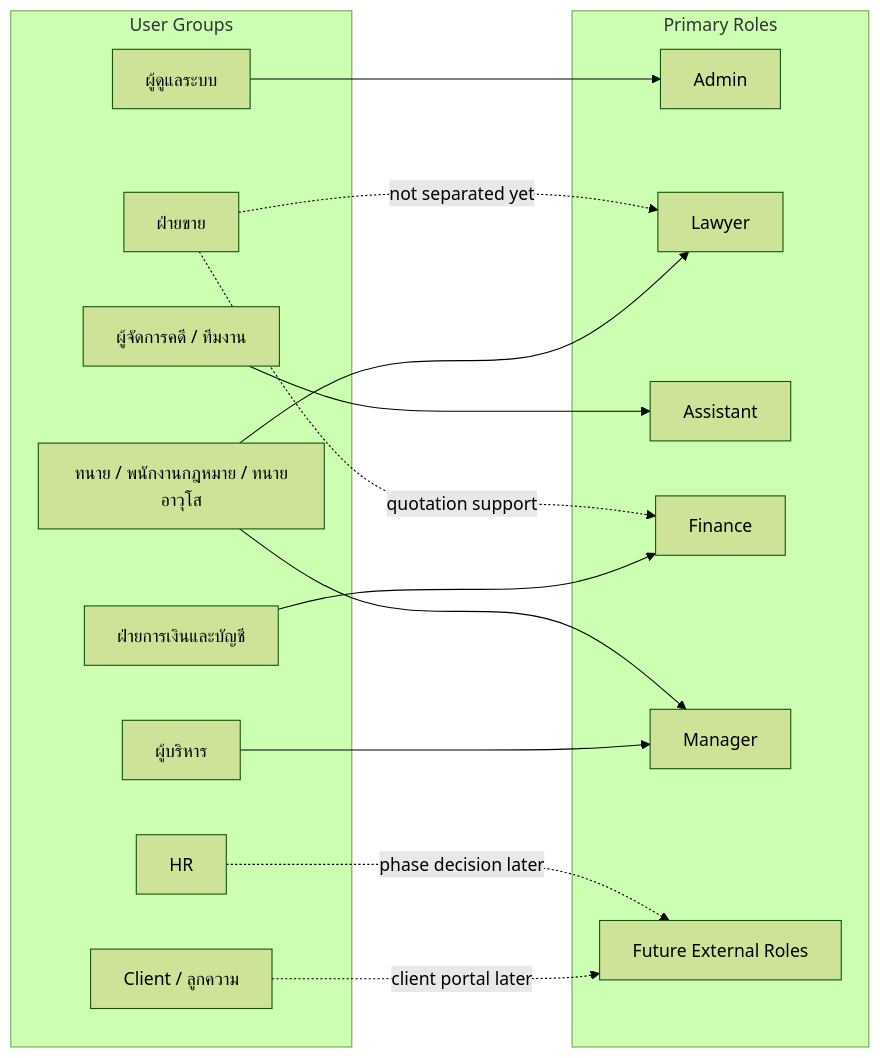
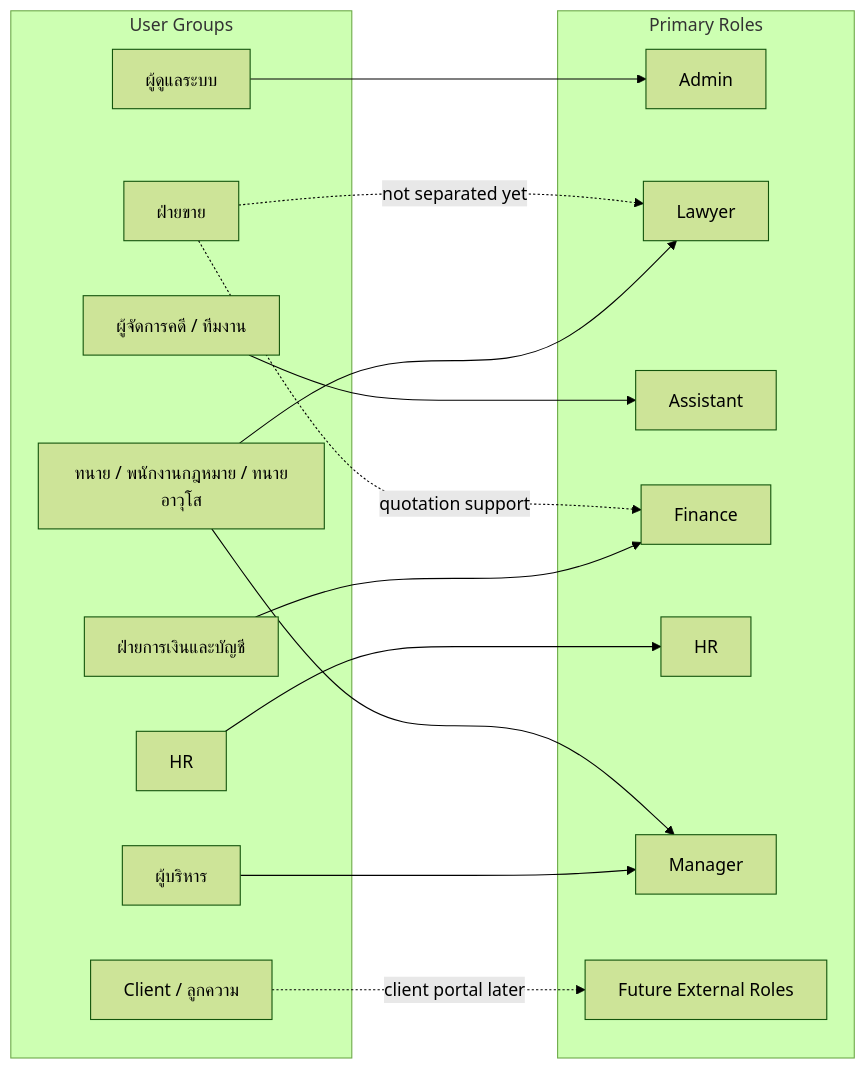
One commit to yukasung/legal_erp_docs changed the diagram in docs/app/docs/roles/page.mdx. Above: the diagram before and after it, drawn with Mermaid (forest theme). The commit also changed other lines of this file and 5 other files, not shown here.

Commit message:
Update architecture and roles docs for HR and time tracking

````diff
--- a/docs/app/docs/roles/page.mdx
+++ b/docs/app/docs/roles/page.mdx
@@ -29,33 +29,34 @@
 ```mermaid
 flowchart LR
   subgraph UserGroups["User Groups"]
     Client["Client / ลูกความ"]
     LegalTeam["ทนาย / พนักงานกฎหมาย / ทนายอาวุโส"]
     CaseManager["ผู้จัดการคดี / ทีมงาน"]
     Sales["ฝ่ายขาย"]
     Accounting["ฝ่ายการเงินและบัญชี"]
     HR["HR"]
     Executive["ผู้บริหาร"]
     SystemAdmin["ผู้ดูแลระบบ"]
   end
 
   subgraph Baseline["Primary Roles"]
     Admin["Admin"]
     Lawyer["Lawyer"]
     Assistant["Assistant"]
     Finance["Finance"]
+    HRRole["HR"]
     Manager["Manager"]
     Future["Future External Roles"]
   end
 
   SystemAdmin --> Admin
   LegalTeam --> Lawyer
   CaseManager --> Assistant
   Accounting --> Finance
+  HR --> HRRole
   Executive --> Manager
   LegalTeam --> Manager
   Client -. "client portal later" .-> Future
   Sales -. "not separated yet" .-> Lawyer
   Sales -. "quotation support" .-> Finance
-  HR -. "phase decision later" .-> Future
 ```
````
